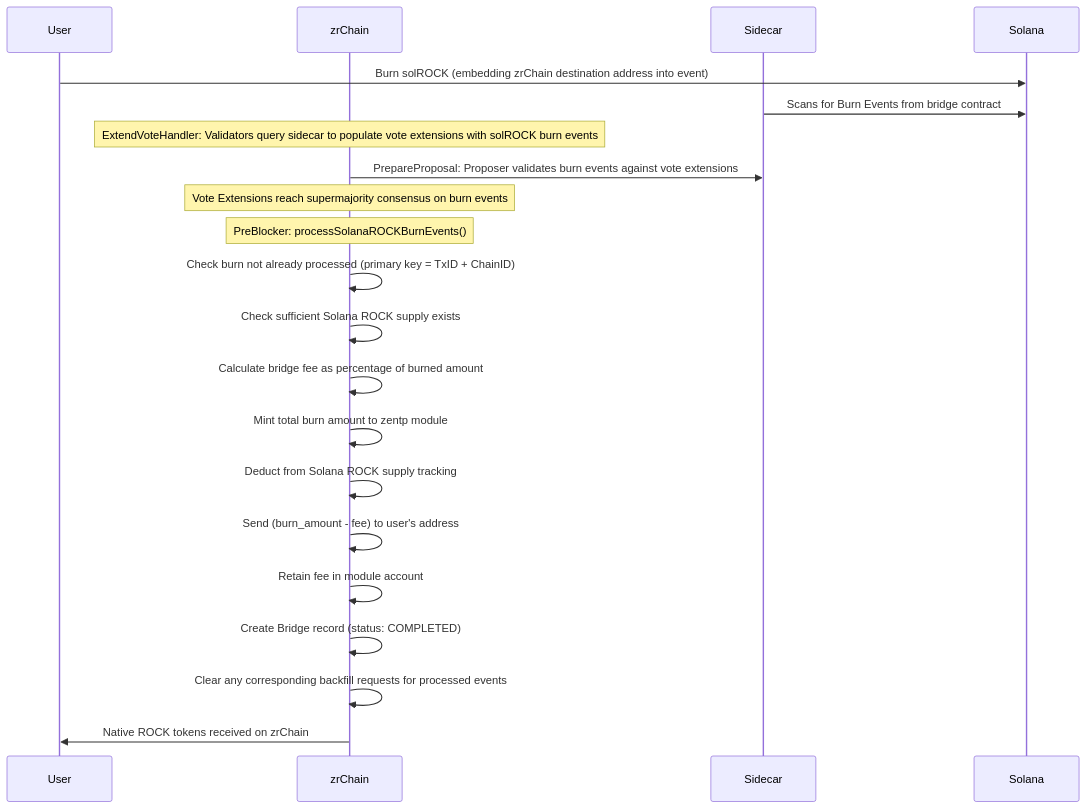
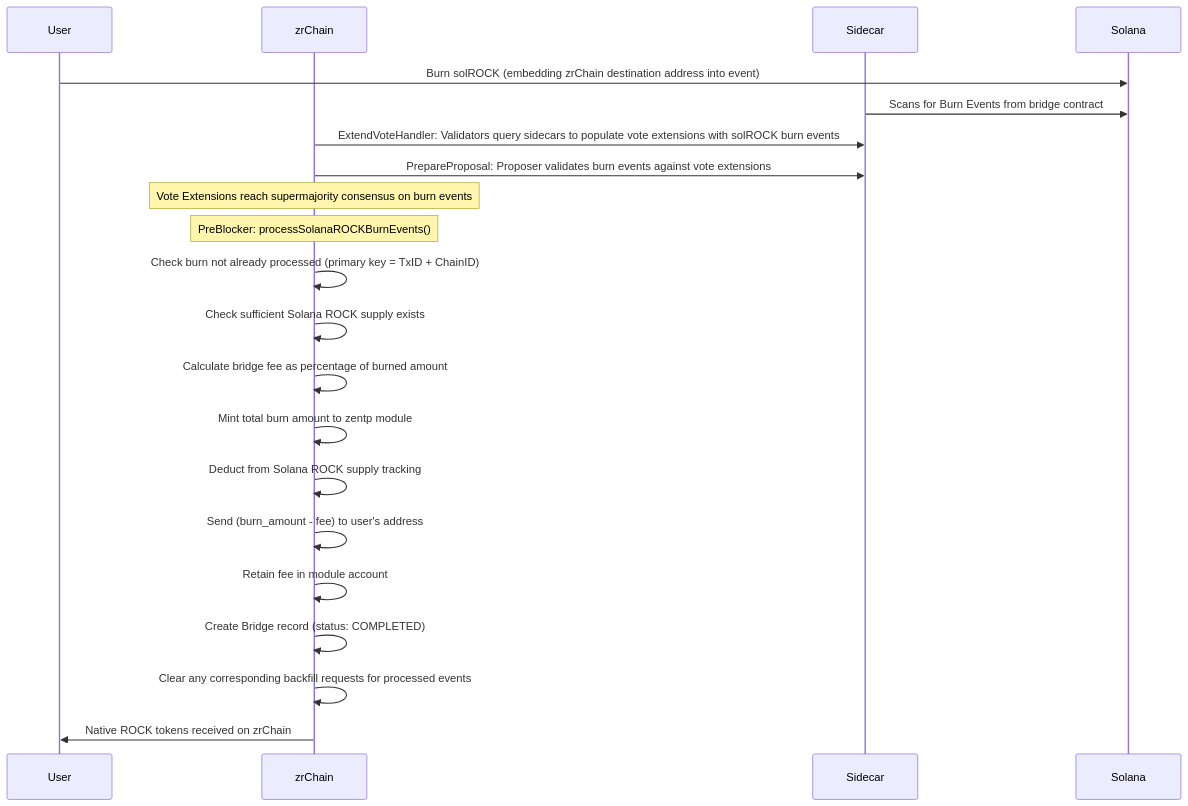
One commit to zenrocklabs/zrchain changed the fourth of 4 diagrams in docs/README.md. Above: the diagram before and after it, drawn with Mermaid. The commit also changed other lines of this file, not shown here.

````diff
--- a/docs/README.md
+++ b/docs/README.md
@@ -337,25 +337,25 @@
 ```mermaid
 sequenceDiagram
     participant User
     participant zrChain
     participant Sidecar
     participant Solana
 
     User->>Solana: Burn solROCK (embedding zrChain destination address into event)
     Sidecar->>Solana: Scans for Burn Events from bridge contract
-    Note over zrChain: ExtendVoteHandler: Validators query sidecar to populate vote extensions with solROCK burn events
+    zrChain->>Sidecar: ExtendVoteHandler: Validators query sidecars to populate vote extensions with solROCK burn events
     zrChain->>Sidecar: PrepareProposal: Proposer validates burn events against vote extensions
     Note over zrChain: Vote Extensions reach supermajority consensus on burn events
 
     Note over zrChain: PreBlocker: processSolanaROCKBurnEvents()
     zrChain->>zrChain: Check burn not already processed (primary key = TxID + ChainID)
     zrChain->>zrChain: Check sufficient Solana ROCK supply exists
     zrChain->>zrChain: Calculate bridge fee as percentage of burned amount
     zrChain->>zrChain: Mint total burn amount to zentp module
     zrChain->>zrChain: Deduct from Solana ROCK supply tracking
     zrChain->>zrChain: Send (burn_amount - fee) to user's address
     zrChain->>zrChain: Retain fee in module account
     zrChain->>zrChain: Create Bridge record (status: COMPLETED)
     zrChain->>zrChain: Clear any corresponding backfill requests for processed events
     zrChain->>User: Native ROCK tokens received on zrChain
 ```
````
